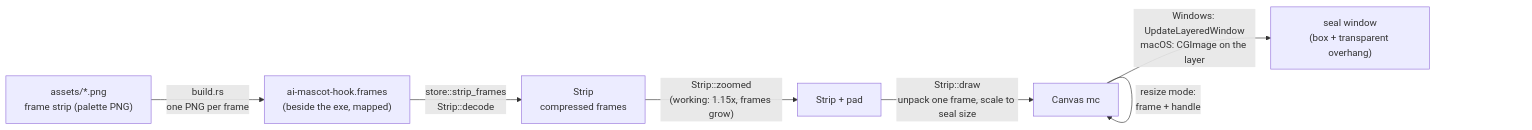
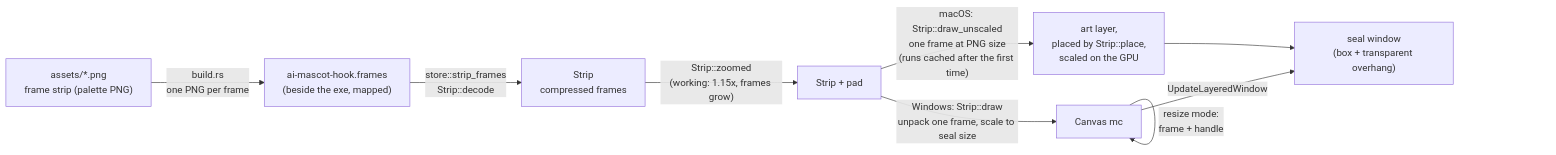
Before and after one commit to thanachaiakt/ai-mascot-hook: the fifth of 7 diagrams in docs/en/architecture.md, drawn with Mermaid. The commit also changed other lines of this file and 10 other files, not shown here.

````diff
--- a/docs/en/architecture.md
+++ b/docs/en/architecture.md
@@ -174,9 +175,11 @@
 ```mermaid
 flowchart LR
     png["assets/*.png<br/>frame strip (palette PNG)"] -- "build.rs<br/>one PNG per frame" --> frames["ai-mascot-hook.frames<br/>(beside the exe, mapped)"]
     frames -- "store::strip_frames<br/>Strip::decode" --> strip["Strip<br/>compressed frames"]
     strip -- "Strip::zoomed<br/>(working: 1.15x, frames grow)" --> strip2["Strip + pad"]
-    strip2 -- "Strip::draw<br/>unpack one frame, scale to seal size" --> mc["Canvas mc"]
+    strip2 -- "Windows: Strip::draw<br/>unpack one frame, scale to seal size" --> mc["Canvas mc"]
     mc -- "resize mode:<br/>frame + handle" --> mc
-    mc -- "Windows: UpdateLayeredWindow<br/>macOS: CGImage on the layer" --> win["seal window<br/>(box + transparent overhang)"]
+    mc -- "UpdateLayeredWindow" --> win["seal window<br/>(box + transparent overhang)"]
+    strip2 -- "macOS: Strip::draw_unscaled<br/>one frame at PNG size<br/>(runs cached after the first time)" --> art["art layer,<br/>placed by Strip::place,<br/>scaled on the GPU"]
+    art --> win
 ```
````
